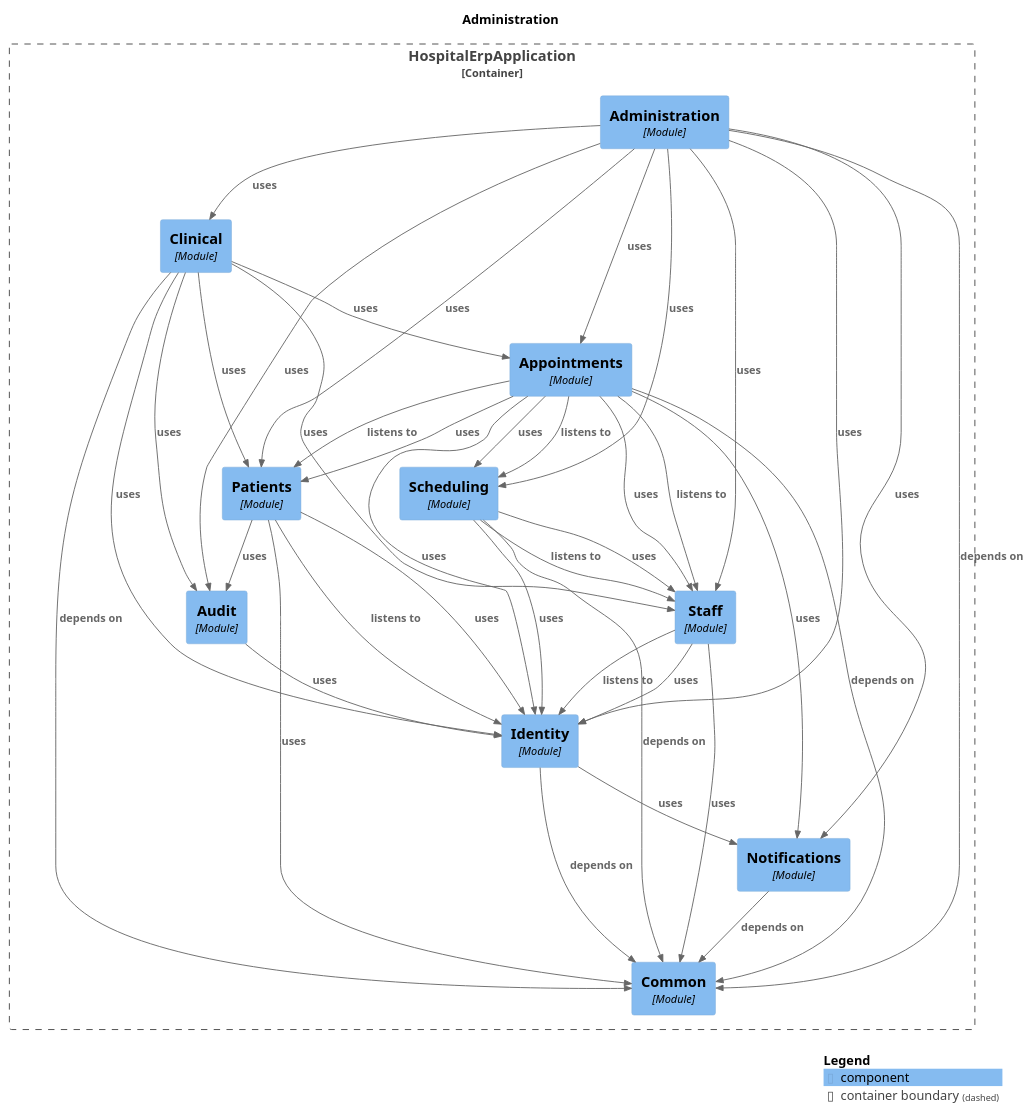
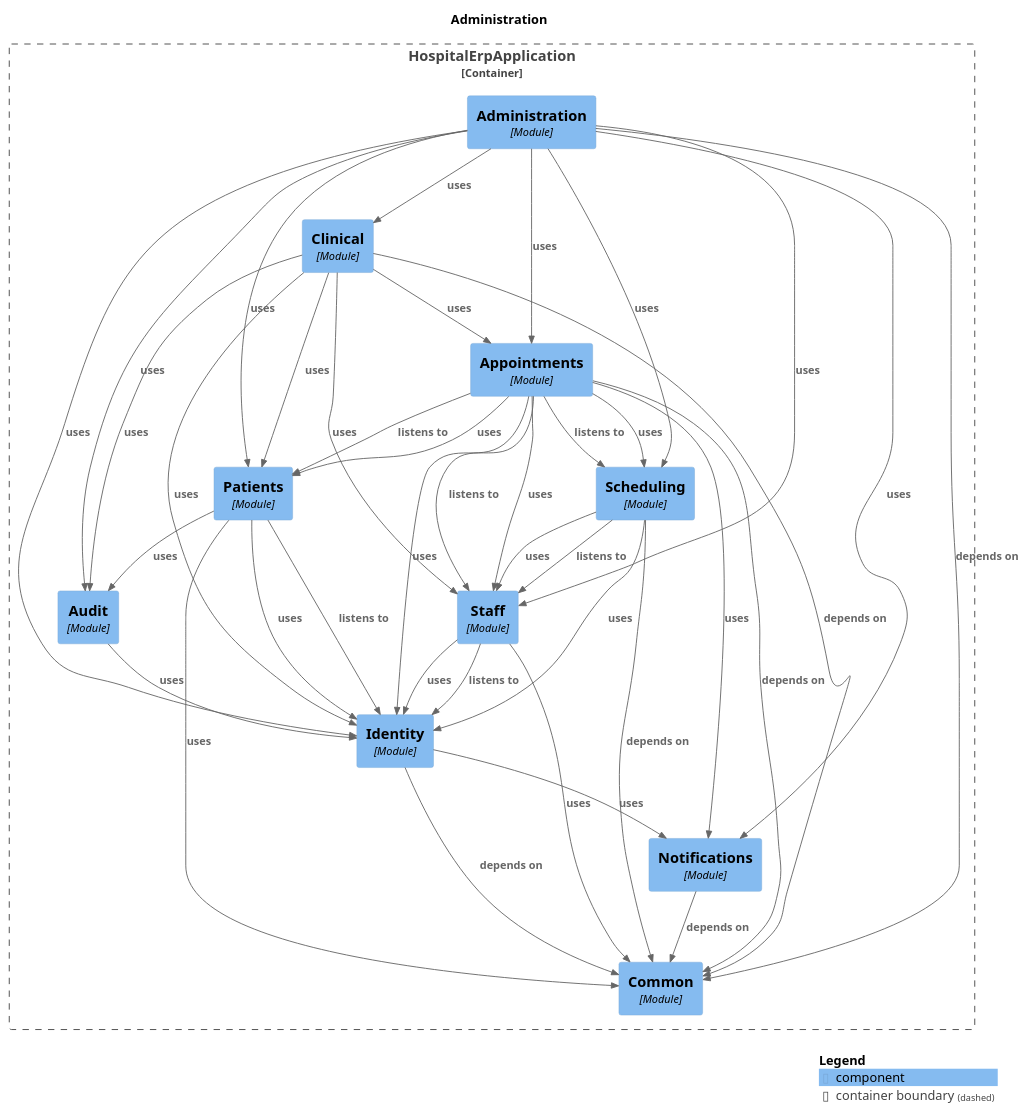
The diagram in docs/modules/module-administration.puml (harshsharma5720/HospitalERP), drawn with PlantUML before and after one commit. The commit also changed other lines of this file and 29 other files, not shown here.

```diff
--- a/docs/modules/module-administration.puml
+++ b/docs/modules/module-administration.puml
@@ -1,65 +1,65 @@
 @startuml
 set separator none
 title Administration
 
 top to bottom direction
 
 !include <C4/C4>
 !include <C4/C4_Context>
 !include <C4/C4_Component>
 
 Container_Boundary("HospitalErpApplication.HospitalErpApplication_boundary", "HospitalErpApplication", $tags="") {
-  Component(HospitalErpApplication.HospitalErpApplication.Scheduling, "Scheduling", $techn="Module", $descr="", $tags="", $link="")
   Component(HospitalErpApplication.HospitalErpApplication.Appointments, "Appointments", $techn="Module", $descr="", $tags="", $link="")
   Component(HospitalErpApplication.HospitalErpApplication.Clinical, "Clinical", $techn="Module", $descr="", $tags="", $link="")
   Component(HospitalErpApplication.HospitalErpApplication.Administration, "Administration", $techn="Module", $descr="", $tags="", $link="")
   Component(HospitalErpApplication.HospitalErpApplication.Common, "Common", $techn="Module", $descr="", $tags="", $link="")
   Component(HospitalErpApplication.HospitalErpApplication.Notifications, "Notifications", $techn="Module", $descr="", $tags="", $link="")
   Component(HospitalErpApplication.HospitalErpApplication.Identity, "Identity", $techn="Module", $descr="", $tags="", $link="")
   Component(HospitalErpApplication.HospitalErpApplication.Audit, "Audit", $techn="Module", $descr="", $tags="", $link="")
   Component(HospitalErpApplication.HospitalErpApplication.Staff, "Staff", $techn="Module", $descr="", $tags="", $link="")
   Component(HospitalErpApplication.HospitalErpApplication.Patients, "Patients", $techn="Module", $descr="", $tags="", $link="")
+  Component(HospitalErpApplication.HospitalErpApplication.Scheduling, "Scheduling", $techn="Module", $descr="", $tags="", $link="")
 }
 
-Rel(HospitalErpApplication.HospitalErpApplication.Patients, HospitalErpApplication.HospitalErpApplication.Identity, "listens to", $techn="", $tags="", $link="")
-Rel(HospitalErpApplication.HospitalErpApplication.Patients, HospitalErpApplication.HospitalErpApplication.Identity, "uses", $techn="", $tags="", $link="")
-Rel(HospitalErpApplication.HospitalErpApplication.Patients, HospitalErpApplication.HospitalErpApplication.Common, "uses", $techn="", $tags="", $link="")
-Rel(HospitalErpApplication.HospitalErpApplication.Patients, HospitalErpApplication.HospitalErpApplication.Audit, "uses", $techn="", $tags="", $link="")
+Rel(HospitalErpApplication.HospitalErpApplication.Identity, HospitalErpApplication.HospitalErpApplication.Common, "depends on", $techn="", $tags="", $link="")
+Rel(HospitalErpApplication.HospitalErpApplication.Identity, HospitalErpApplication.HospitalErpApplication.Notifications, "uses", $techn="", $tags="", $link="")
+Rel(HospitalErpApplication.HospitalErpApplication.Audit, HospitalErpApplication.HospitalErpApplication.Identity, "uses", $techn="", $tags="", $link="")
+Rel(HospitalErpApplication.HospitalErpApplication.Scheduling, HospitalErpApplication.HospitalErpApplication.Staff, "listens to", $techn="", $tags="", $link="")
+Rel(HospitalErpApplication.HospitalErpApplication.Scheduling, HospitalErpApplication.HospitalErpApplication.Common, "depends on", $techn="", $tags="", $link="")
+Rel(HospitalErpApplication.HospitalErpApplication.Scheduling, HospitalErpApplication.HospitalErpApplication.Staff, "uses", $techn="", $tags="", $link="")
+Rel(HospitalErpApplication.HospitalErpApplication.Scheduling, HospitalErpApplication.HospitalErpApplication.Identity, "uses", $techn="", $tags="", $link="")
 Rel(HospitalErpApplication.HospitalErpApplication.Appointments, HospitalErpApplication.HospitalErpApplication.Staff, "listens to", $techn="", $tags="", $link="")
 Rel(HospitalErpApplication.HospitalErpApplication.Appointments, HospitalErpApplication.HospitalErpApplication.Patients, "listens to", $techn="", $tags="", $link="")
 Rel(HospitalErpApplication.HospitalErpApplication.Appointments, HospitalErpApplication.HospitalErpApplication.Scheduling, "listens to", $techn="", $tags="", $link="")
 Rel(HospitalErpApplication.HospitalErpApplication.Appointments, HospitalErpApplication.HospitalErpApplication.Common, "depends on", $techn="", $tags="", $link="")
 Rel(HospitalErpApplication.HospitalErpApplication.Appointments, HospitalErpApplication.HospitalErpApplication.Patients, "uses", $techn="", $tags="", $link="")
 Rel(HospitalErpApplication.HospitalErpApplication.Appointments, HospitalErpApplication.HospitalErpApplication.Staff, "uses", $techn="", $tags="", $link="")
 Rel(HospitalErpApplication.HospitalErpApplication.Appointments, HospitalErpApplication.HospitalErpApplication.Scheduling, "uses", $techn="", $tags="", $link="")
 Rel(HospitalErpApplication.HospitalErpApplication.Appointments, HospitalErpApplication.HospitalErpApplication.Identity, "uses", $techn="", $tags="", $link="")
 Rel(HospitalErpApplication.HospitalErpApplication.Appointments, HospitalErpApplication.HospitalErpApplication.Notifications, "uses", $techn="", $tags="", $link="")
-Rel(HospitalErpApplication.HospitalErpApplication.Audit, HospitalErpApplication.HospitalErpApplication.Identity, "uses", $techn="", $tags="", $link="")
-Rel(HospitalErpApplication.HospitalErpApplication.Notifications, HospitalErpApplication.HospitalErpApplication.Common, "depends on", $techn="", $tags="", $link="")
-Rel(HospitalErpApplication.HospitalErpApplication.Identity, HospitalErpApplication.HospitalErpApplication.Common, "depends on", $techn="", $tags="", $link="")
-Rel(HospitalErpApplication.HospitalErpApplication.Identity, HospitalErpApplication.HospitalErpApplication.Notifications, "uses", $techn="", $tags="", $link="")
-Rel(HospitalErpApplication.HospitalErpApplication.Clinical, HospitalErpApplication.HospitalErpApplication.Common, "depends on", $techn="", $tags="", $link="")
-Rel(HospitalErpApplication.HospitalErpApplication.Clinical, HospitalErpApplication.HospitalErpApplication.Appointments, "uses", $techn="", $tags="", $link="")
-Rel(HospitalErpApplication.HospitalErpApplication.Clinical, HospitalErpApplication.HospitalErpApplication.Staff, "uses", $techn="", $tags="", $link="")
-Rel(HospitalErpApplication.HospitalErpApplication.Clinical, HospitalErpApplication.HospitalErpApplication.Patients, "uses", $techn="", $tags="", $link="")
-Rel(HospitalErpApplication.HospitalErpApplication.Clinical, HospitalErpApplication.HospitalErpApplication.Identity, "uses", $techn="", $tags="", $link="")
-Rel(HospitalErpApplication.HospitalErpApplication.Clinical, HospitalErpApplication.HospitalErpApplication.Audit, "uses", $techn="", $tags="", $link="")
 Rel(HospitalErpApplication.HospitalErpApplication.Administration, HospitalErpApplication.HospitalErpApplication.Common, "depends on", $techn="", $tags="", $link="")
 Rel(HospitalErpApplication.HospitalErpApplication.Administration, HospitalErpApplication.HospitalErpApplication.Identity, "uses", $techn="", $tags="", $link="")
 Rel(HospitalErpApplication.HospitalErpApplication.Administration, HospitalErpApplication.HospitalErpApplication.Patients, "uses", $techn="", $tags="", $link="")
 Rel(HospitalErpApplication.HospitalErpApplication.Administration, HospitalErpApplication.HospitalErpApplication.Staff, "uses", $techn="", $tags="", $link="")
 Rel(HospitalErpApplication.HospitalErpApplication.Administration, HospitalErpApplication.HospitalErpApplication.Audit, "uses", $techn="", $tags="", $link="")
 Rel(HospitalErpApplication.HospitalErpApplication.Administration, HospitalErpApplication.HospitalErpApplication.Appointments, "uses", $techn="", $tags="", $link="")
 Rel(HospitalErpApplication.HospitalErpApplication.Administration, HospitalErpApplication.HospitalErpApplication.Notifications, "uses", $techn="", $tags="", $link="")
 Rel(HospitalErpApplication.HospitalErpApplication.Administration, HospitalErpApplication.HospitalErpApplication.Clinical, "uses", $techn="", $tags="", $link="")
 Rel(HospitalErpApplication.HospitalErpApplication.Administration, HospitalErpApplication.HospitalErpApplication.Scheduling, "uses", $techn="", $tags="", $link="")
+Rel(HospitalErpApplication.HospitalErpApplication.Clinical, HospitalErpApplication.HospitalErpApplication.Common, "depends on", $techn="", $tags="", $link="")
+Rel(HospitalErpApplication.HospitalErpApplication.Clinical, HospitalErpApplication.HospitalErpApplication.Appointments, "uses", $techn="", $tags="", $link="")
+Rel(HospitalErpApplication.HospitalErpApplication.Clinical, HospitalErpApplication.HospitalErpApplication.Staff, "uses", $techn="", $tags="", $link="")
+Rel(HospitalErpApplication.HospitalErpApplication.Clinical, HospitalErpApplication.HospitalErpApplication.Patients, "uses", $techn="", $tags="", $link="")
+Rel(HospitalErpApplication.HospitalErpApplication.Clinical, HospitalErpApplication.HospitalErpApplication.Identity, "uses", $techn="", $tags="", $link="")
+Rel(HospitalErpApplication.HospitalErpApplication.Clinical, HospitalErpApplication.HospitalErpApplication.Audit, "uses", $techn="", $tags="", $link="")
 Rel(HospitalErpApplication.HospitalErpApplication.Staff, HospitalErpApplication.HospitalErpApplication.Identity, "listens to", $techn="", $tags="", $link="")
 Rel(HospitalErpApplication.HospitalErpApplication.Staff, HospitalErpApplication.HospitalErpApplication.Identity, "uses", $techn="", $tags="", $link="")
 Rel(HospitalErpApplication.HospitalErpApplication.Staff, HospitalErpApplication.HospitalErpApplication.Common, "uses", $techn="", $tags="", $link="")
-Rel(HospitalErpApplication.HospitalErpApplication.Scheduling, HospitalErpApplication.HospitalErpApplication.Staff, "listens to", $techn="", $tags="", $link="")
-Rel(HospitalErpApplication.HospitalErpApplication.Scheduling, HospitalErpApplication.HospitalErpApplication.Common, "depends on", $techn="", $tags="", $link="")
-Rel(HospitalErpApplication.HospitalErpApplication.Scheduling, HospitalErpApplication.HospitalErpApplication.Staff, "uses", $techn="", $tags="", $link="")
-Rel(HospitalErpApplication.HospitalErpApplication.Scheduling, HospitalErpApplication.HospitalErpApplication.Identity, "uses", $techn="", $tags="", $link="")
+Rel(HospitalErpApplication.HospitalErpApplication.Patients, HospitalErpApplication.HospitalErpApplication.Identity, "listens to", $techn="", $tags="", $link="")
+Rel(HospitalErpApplication.HospitalErpApplication.Patients, HospitalErpApplication.HospitalErpApplication.Identity, "uses", $techn="", $tags="", $link="")
+Rel(HospitalErpApplication.HospitalErpApplication.Patients, HospitalErpApplication.HospitalErpApplication.Common, "uses", $techn="", $tags="", $link="")
+Rel(HospitalErpApplication.HospitalErpApplication.Patients, HospitalErpApplication.HospitalErpApplication.Audit, "uses", $techn="", $tags="", $link="")
+Rel(HospitalErpApplication.HospitalErpApplication.Notifications, HospitalErpApplication.HospitalErpApplication.Common, "depends on", $techn="", $tags="", $link="")
 
 SHOW_LEGEND(true)
 @enduml
```
